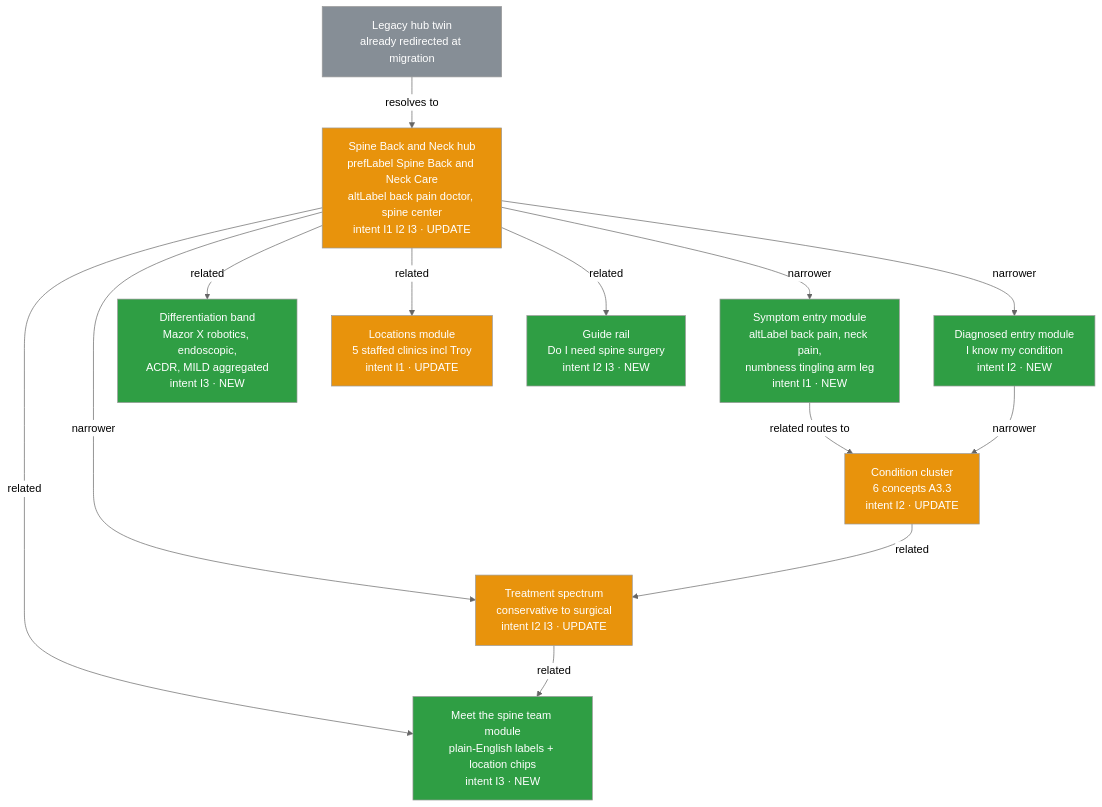
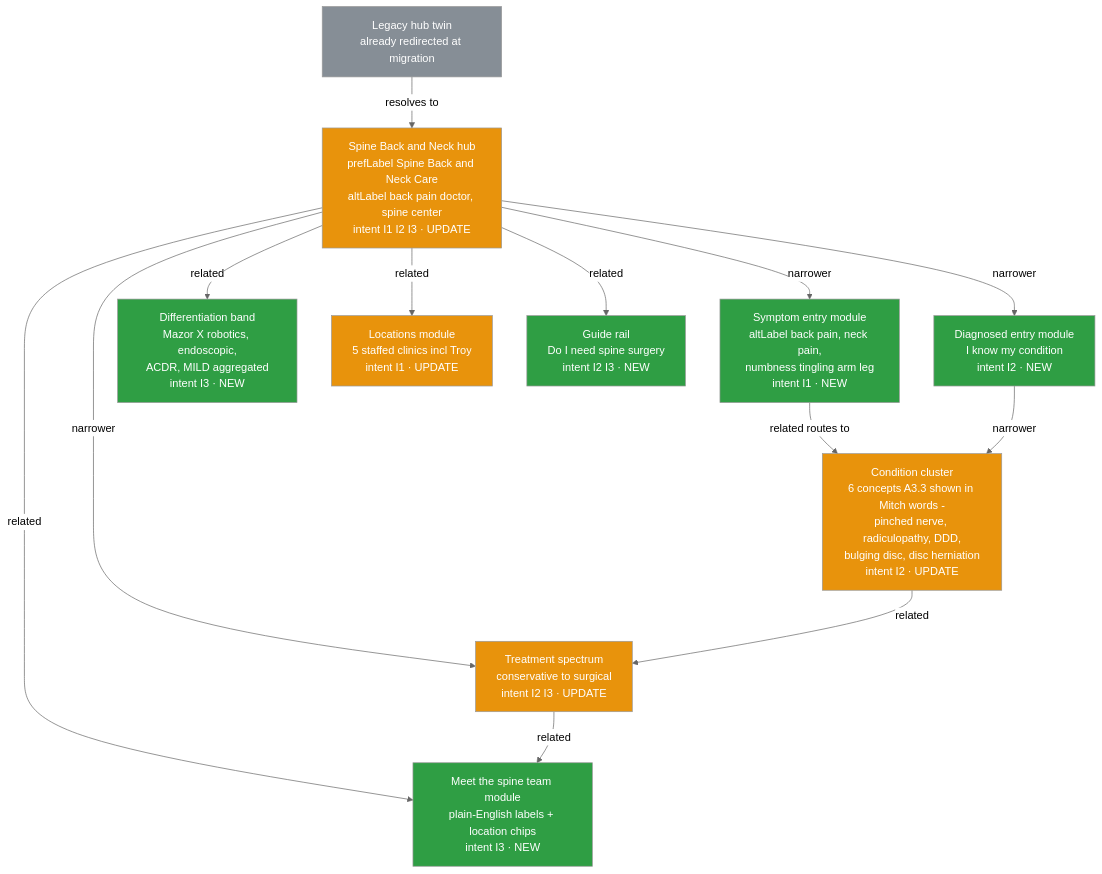
Before and after one commit to JosephAndrewMacLean/SHP: the second of 9 diagrams in playbooks/spine-semantic-model.md, drawn with Mermaid (neutral theme). The commit also changed other lines of this file and 12 other files, not shown here.

````diff
--- a/playbooks/spine-semantic-model.md
+++ b/playbooks/spine-semantic-model.md
@@ -135,34 +135,34 @@
 ```mermaid
 flowchart TD
     HUB[Spine Back and Neck hub<br/>prefLabel Spine Back and Neck Care<br/>altLabel back pain doctor, spine center<br/>intent I1 I2 I3 · UPDATE]
     OLDHUB[Legacy hub twin<br/>already redirected at migration]
     SYMP[Symptom entry module<br/>altLabel back pain, neck pain,<br/>numbness tingling arm leg<br/>intent I1 · NEW]
     DIAG[Diagnosed entry module<br/>I know my condition<br/>intent I2 · NEW]
-    CONDS[Condition cluster<br/>6 concepts A3.3<br/>intent I2 · UPDATE]
+    CONDS[Condition cluster<br/>6 concepts A3.3 shown in Mitch words -<br/>pinched nerve, radiculopathy, DDD,<br/>bulging disc, disc herniation<br/>intent I2 · UPDATE]
     TRTS[Treatment spectrum<br/>conservative to surgical<br/>intent I2 I3 · UPDATE]
     TEAM[Meet the spine team module<br/>plain-English labels + location chips<br/>intent I3 · NEW]
     DIFF[Differentiation band<br/>Mazor X robotics, endoscopic,<br/>ACDR, MILD aggregated<br/>intent I3 · NEW]
     LOCS[Locations module<br/>5 staffed clinics incl Troy<br/>intent I1 · UPDATE]
     GUIDES[Guide rail<br/>Do I need spine surgery<br/>intent I2 I3 · NEW]
 
     OLDHUB -->|resolves to| HUB
     HUB -->|narrower| SYMP
     HUB -->|narrower| DIAG
     SYMP -->|related routes to| CONDS
     DIAG -->|narrower| CONDS
     HUB -->|narrower| TRTS
     HUB -->|related| TEAM
     HUB -->|related| DIFF
     HUB -->|related| LOCS
     HUB -->|related| GUIDES
     CONDS -->|related| TRTS
     TRTS -->|related| TEAM
 
     classDef newN fill:#2f9e44,color:#fff
     classDef updN fill:#e8930c,color:#fff
     classDef chgN fill:#1971c2,color:#fff
     classDef keepN fill:#868e96,color:#fff
     class SYMP,DIAG,TEAM,DIFF,GUIDES newN
     class HUB,CONDS,TRTS,LOCS updN
     class OLDHUB keepN
 ```
````
